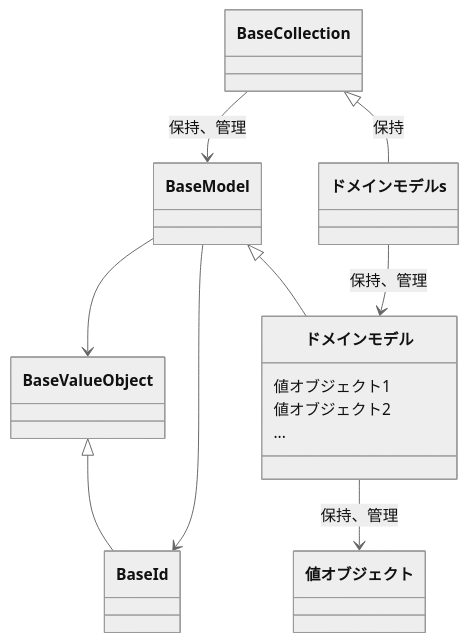
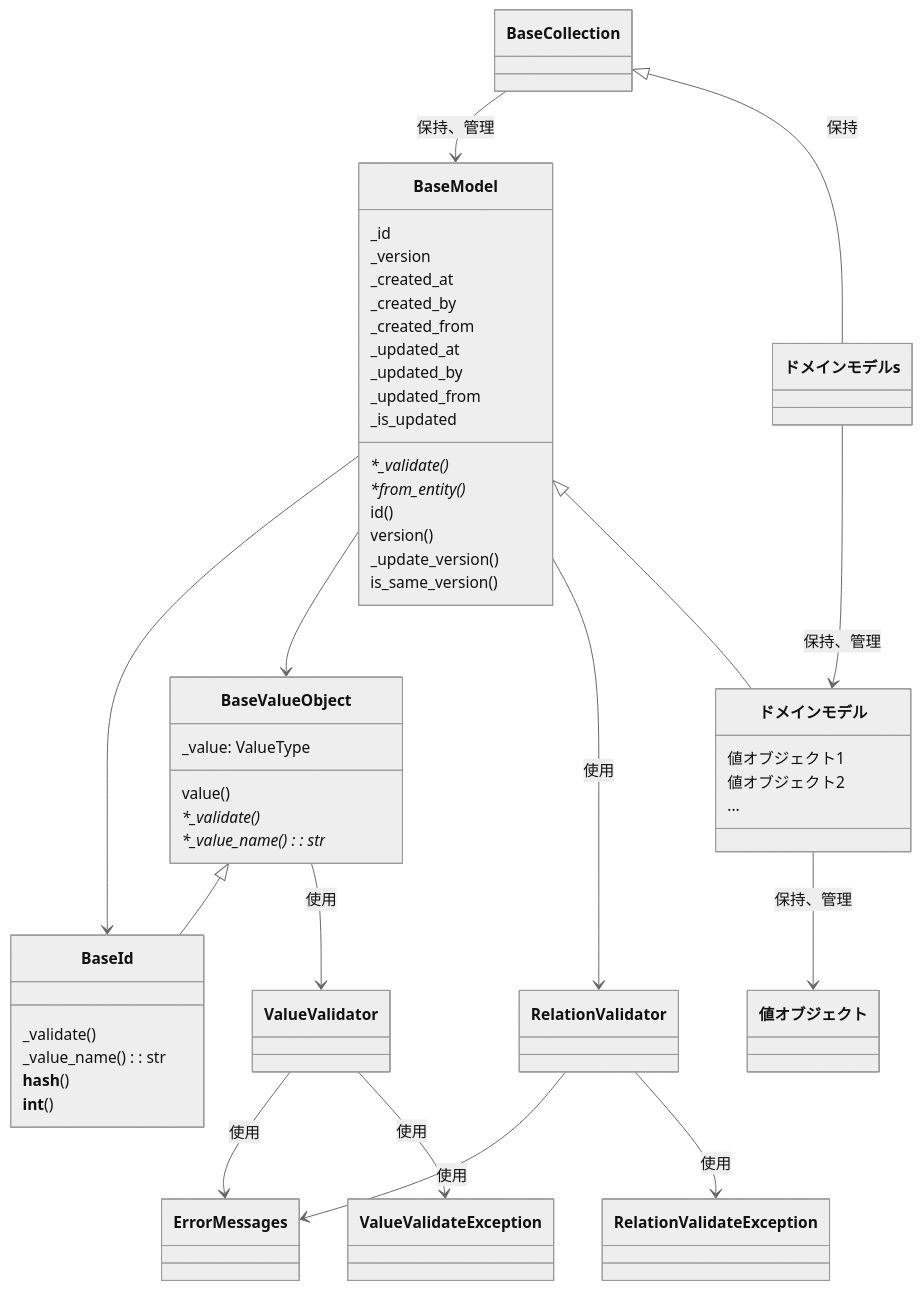
One commit to shuhei1101/allowance-questboard changed the diagram in docs/ja/api/ドメインモデル-domain_model.md. Above: the diagram before and after it, drawn with Mermaid (neutral theme). The commit also changed other lines of this file and 69 other files, not shown here.

````diff
--- a/docs/ja/api/ドメインモデル-domain_model.md
+++ b/docs/ja/api/ドメインモデル-domain_model.md
@@ -8,41 +8,75 @@
 ```mermaid
 classDiagram
+    class ErrorMessages
+    class ValueValidateException
+    class ValueValidator
+    class RelationValidateException
+    class RelationValidator
+
+    ValueValidator --> ErrorMessages: 使用
+    ValueValidator --> ValueValidateException: 使用
+
+    RelationValidator --> ErrorMessages: 使用
+    RelationValidator --> RelationValidateException: 使用
+
     class BaseValueObject {
-      
+      _value: ValueType
+      value()
+      *_validate()*
+      *_value_name()*: str
     }
 
     class BaseId {
-      
+      _validate()
+      _value_name(): str
+      __hash__()
+      __int__()
     }
 
     class BaseModel {
-
+      _id
+      _version
+      _created_at
+      _created_by
+      _created_from
+      _updated_at
+      _updated_by
+      _updated_from
+      _is_updated
+      *_validate()*
+      *from_entity()*
+      id()
+      version()
+      _update_version()
+      is_same_version()
     }
 
     class BaseCollection {
       
     }
 
     class ドメインモデル {
       値オブジェクト1
       値オブジェクト2
       ...
     }
 
     class ドメインモデルs {
       
     }
 
     BaseValueObject <|-- BaseId
+    BaseValueObject --> ValueValidator: 使用
 
     BaseModel --> BaseId
     BaseModel --> BaseValueObject
+    BaseModel --> RelationValidator: 使用
 
     BaseCollection --> BaseModel: 保持、管理
     
     BaseModel <|-- ドメインモデル
     ドメインモデル --> 値オブジェクト: 保持、管理
 
     BaseCollection <|-- ドメインモデルs: 保持
     ドメインモデルs --> ドメインモデル: 保持、管理
 ```
````
